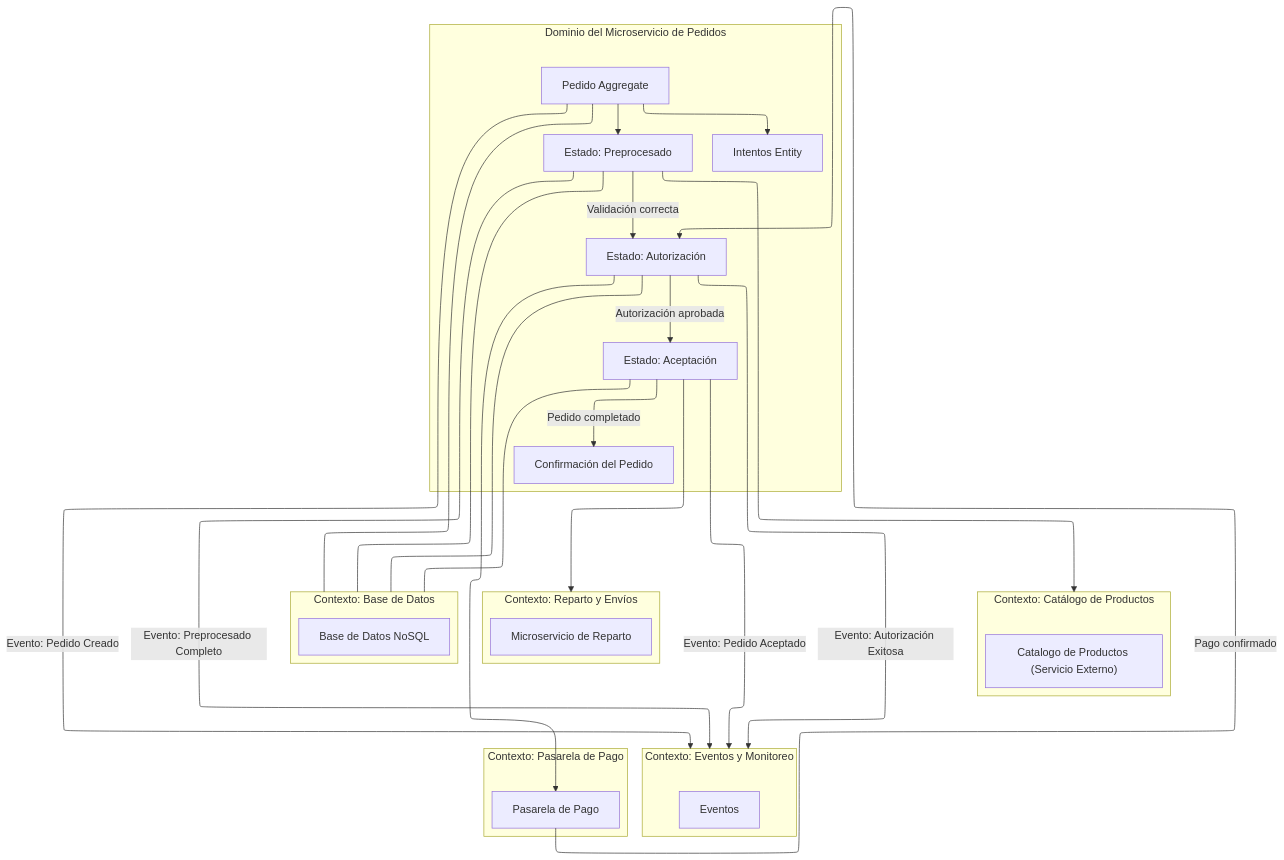
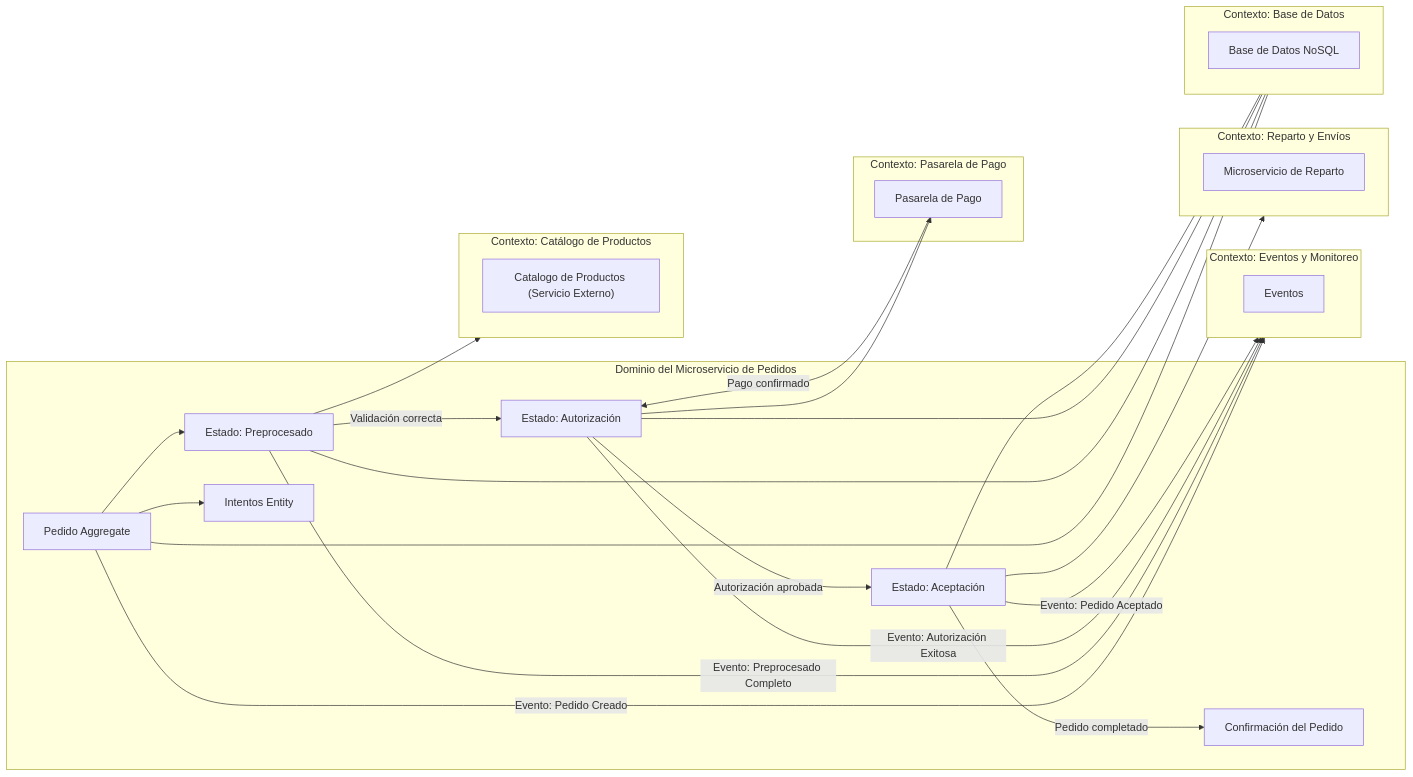
The diagram in Architectural-Decision-Records/imagenes/ADR-002-ddd-microservicio-pedidos.md (angelo-sanchez/dss-tpe-add), drawn with Mermaid before and after one commit.

Commit message:
diseño horizontal del diagrama

````diff
--- a/Architectural-Decision-Records/imagenes/ADR-002-ddd-microservicio-pedidos.md
+++ b/Architectural-Decision-Records/imagenes/ADR-002-ddd-microservicio-pedidos.md
@@ -1,60 +1,52 @@
 ```mermaid
----
-config:
-  layout: elk
-  elk:
-    
-    nodePlacementStrategy: SIMPLE
----
-
-graph TD
+graph LR
     %% Contexto principal
     subgraph Dominio_Pedidos["Dominio del Microservicio de Pedidos"]
         Pedido[Pedido Aggregate]
         Pedido --> Preprocesado["Estado: Preprocesado"]
         Preprocesado -->|Validación correcta| Autorizacion["Estado: Autorización"]
         Autorizacion -->|Autorización aprobada| Aceptacion["Estado: Aceptación"]
         Aceptacion -->|Pedido completado| Confirmacion["Confirmación del Pedido"]
         Pedido --> Intentos[Intentos Entity]
     end
 
     %%Eventos y Monitoreo
     subgraph Events["Contexto: Eventos y Monitoreo"]
         Eventos
     end
 
     %% Contextos delimitados
     subgraph CatalogoContexto["Contexto: Catálogo de Productos"]
         Catalogo["Catalogo de Productos (Servicio Externo)"]
     end
 
     subgraph PagosContexto["Contexto: Pasarela de Pago"]
         Pago["Pasarela de Pago"]
     end
 
     subgraph RepartoContexto["Contexto: Reparto y Envíos"]
         Reparto["Microservicio de Reparto"]
     end
 
     subgraph Datos["Contexto: Base de Datos"]
         BDD["Base de Datos NoSQL"]
     end
     
     %% Relaciones externas
     Preprocesado --> CatalogoContexto
     Autorizacion --> Pago
     Aceptacion --> RepartoContexto
     Pago -->|Pago confirmado| Autorizacion
     
     %% Eventos
     Pedido -->|Evento: Pedido Creado| Events
     Preprocesado -->|Evento: Preprocesado Completo| Events
     Autorizacion -->|Evento: Autorización Exitosa| Events
     Aceptacion -->|Evento: Pedido Aceptado| Events
 
     %% Datos
     Pedido --- Datos
     Preprocesado --- Datos
     Autorizacion --- Datos
     Aceptacion --- Datos
 ```
````
